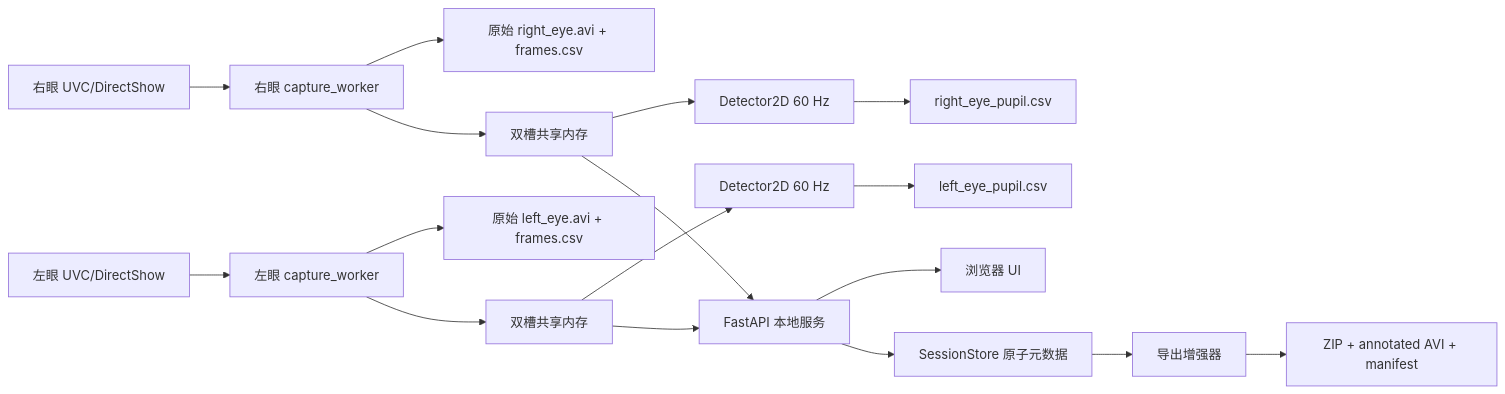
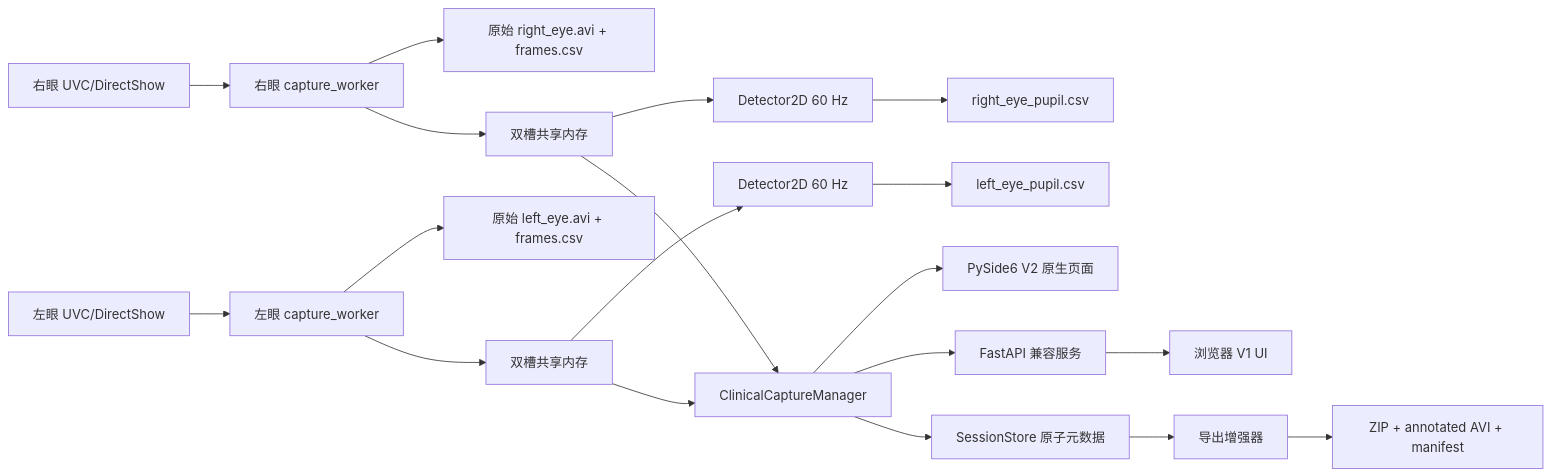
The diagram in docs/architecture.md (thuer-awesome/Clinical-eye-movement-data-acquisition), drawn with Mermaid before and after one commit. The commit also changed other lines of this file and 2 other files, not shown here.

Commit message:
Add V2 architecture and operator guide
Document the Qt preview, confidence-colored eye-orbit guide, detector gate, and shared runtime architecture.

````diff
--- a/docs/architecture.md
+++ b/docs/architecture.md
@@ -5,19 +5,21 @@
 ```mermaid
 flowchart LR
   A[右眼 UVC/DirectShow] --> W1[右眼 capture_worker]
   B[左眼 UVC/DirectShow] --> W2[左眼 capture_worker]
   W1 --> R1[原始 right_eye.avi + frames.csv]
   W2 --> R2[原始 left_eye.avi + frames.csv]
   W1 --> S1[双槽共享内存]
   W2 --> S2[双槽共享内存]
   S1 --> D1[Detector2D 60 Hz]
   S2 --> D2[Detector2D 60 Hz]
   D1 --> P1[right_eye_pupil.csv]
   D2 --> P2[left_eye_pupil.csv]
-  S1 --> API[FastAPI 本地服务]
-  S2 --> API
-  API --> UI[浏览器 UI]
-  API --> STORE[SessionStore 原子元数据]
+  S1 --> M[ClinicalCaptureManager]
+  S2 --> M
+  M --> QT[PySide6 V2 原生页面]
+  M --> API[FastAPI 兼容服务]
+  API --> UI[浏览器 V1 UI]
+  M --> STORE[SessionStore 原子元数据]
   STORE --> EXPORT[导出增强器]
   EXPORT --> ZIP[ZIP + annotated AVI + manifest]
 ```
````
